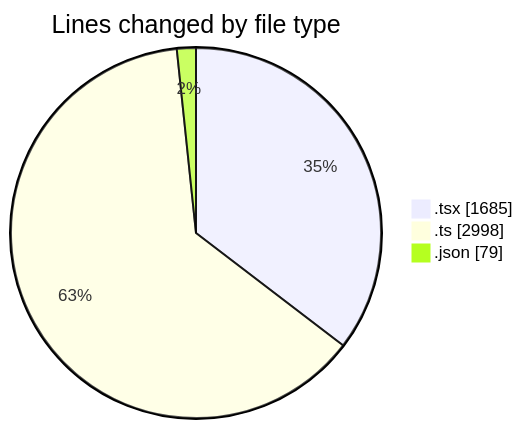
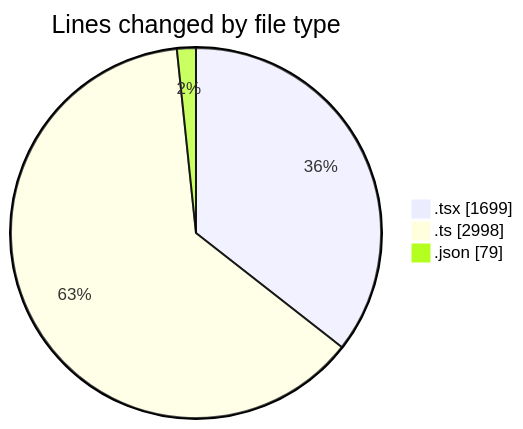
Before and after one commit to nxtqubesakshisongat/code-tracking: the first of 2 diagrams in 2026-05-03/nxtqube_webapp/README.md, drawn with Mermaid. The commit also changed other lines of this file and 1 other file, not shown here.

````diff
--- a/2026-05-03/nxtqube_webapp/README.md
+++ b/2026-05-03/nxtqube_webapp/README.md
@@ -24,7 +24,7 @@
 ```mermaid
 pie showData
 title Lines changed by file type
-".tsx" : 1685
+".tsx" : 1699
 ".ts" : 2998
 ".json" : 79
 ```
````
